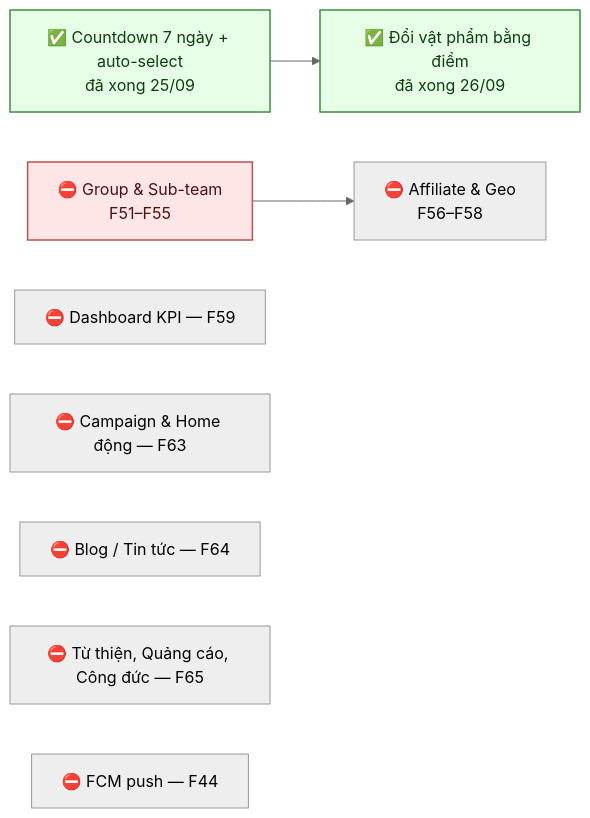
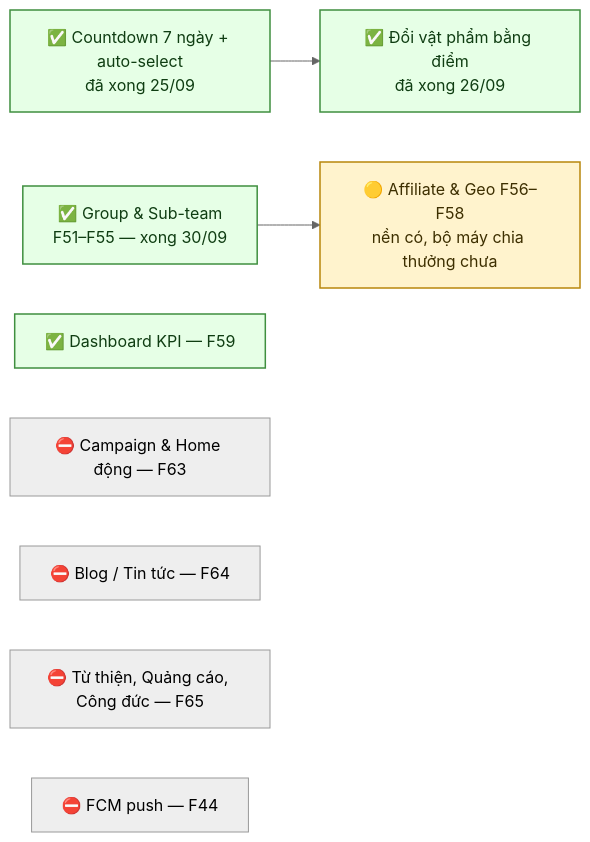
Before and after one commit to fdshn/trueheart: the diagram in docs/diagram/21-open-issues.md, drawn with Mermaid (neutral theme). The commit also changed other lines of this file and 17 other files, not shown here.

````diff
--- a/docs/diagram/21-open-issues.md
+++ b/docs/diagram/21-open-issues.md
@@ -98,14 +104,16 @@
 ```mermaid
 flowchart LR
     A["✅ Countdown 7 ngày + auto-select<br/>đã xong 25/09"] --> B["✅ Đổi vật phẩm bằng điểm<br/>đã xong 26/09"]
-    C["⛔ Group & Sub-team<br/>F51–F55"] --> D["⛔ Affiliate & Geo<br/>F56–F58"]
-    E["⛔ Dashboard KPI — F59"]
+    C["✅ Group & Sub-team<br/>F51–F55 — xong 30/09"] --> D["🟡 Affiliate & Geo F56–F58<br/>nền có, bộ máy chia thưởng chưa"]
+    E["✅ Dashboard KPI — F59"]
     F["⛔ Campaign & Home động — F63"]
     G["⛔ Blog / Tin tức — F64"]
     H["⛔ Từ thiện, Quảng cáo, Công đức — F65"]
     I["⛔ FCM push — F44"]
 
     style A fill:#e6ffe6,stroke:#3f8f3f,stroke-width:1.5px,color:#0f3d12
     style B fill:#e6ffe6,stroke:#3f8f3f,stroke-width:1.5px,color:#0f3d12
-    style C fill:#ffe6e6,stroke:#c0504d,stroke-width:1.5px,color:#4a1210
+    style C fill:#e6ffe6,stroke:#3f8f3f,stroke-width:1.5px,color:#0f3d12
+    style E fill:#e6ffe6,stroke:#3f8f3f,stroke-width:1.5px,color:#0f3d12
+    style D fill:#fff3cd,stroke:#b8860b,stroke-width:1.5px,color:#3d2f00
 ```
````
